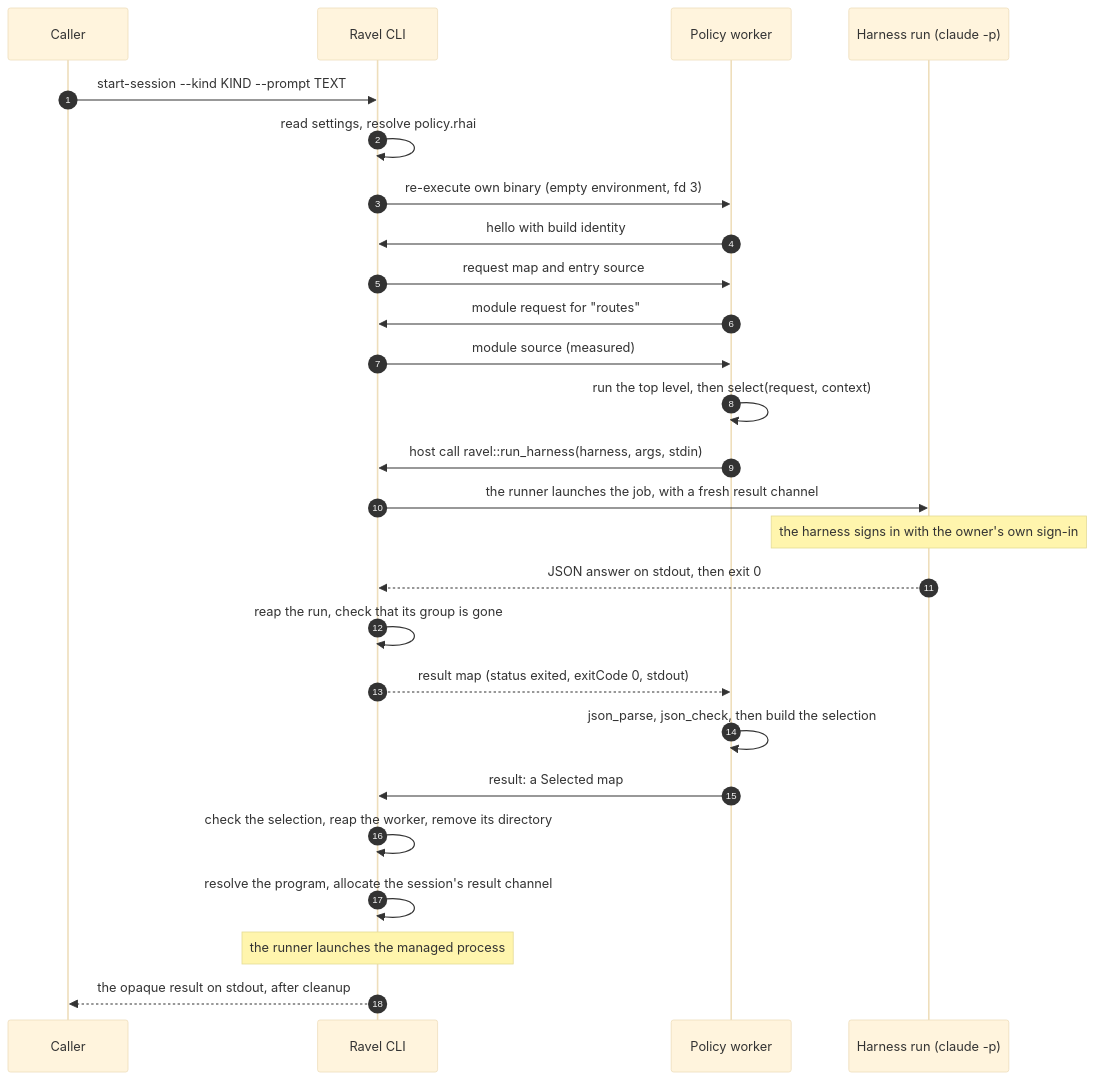
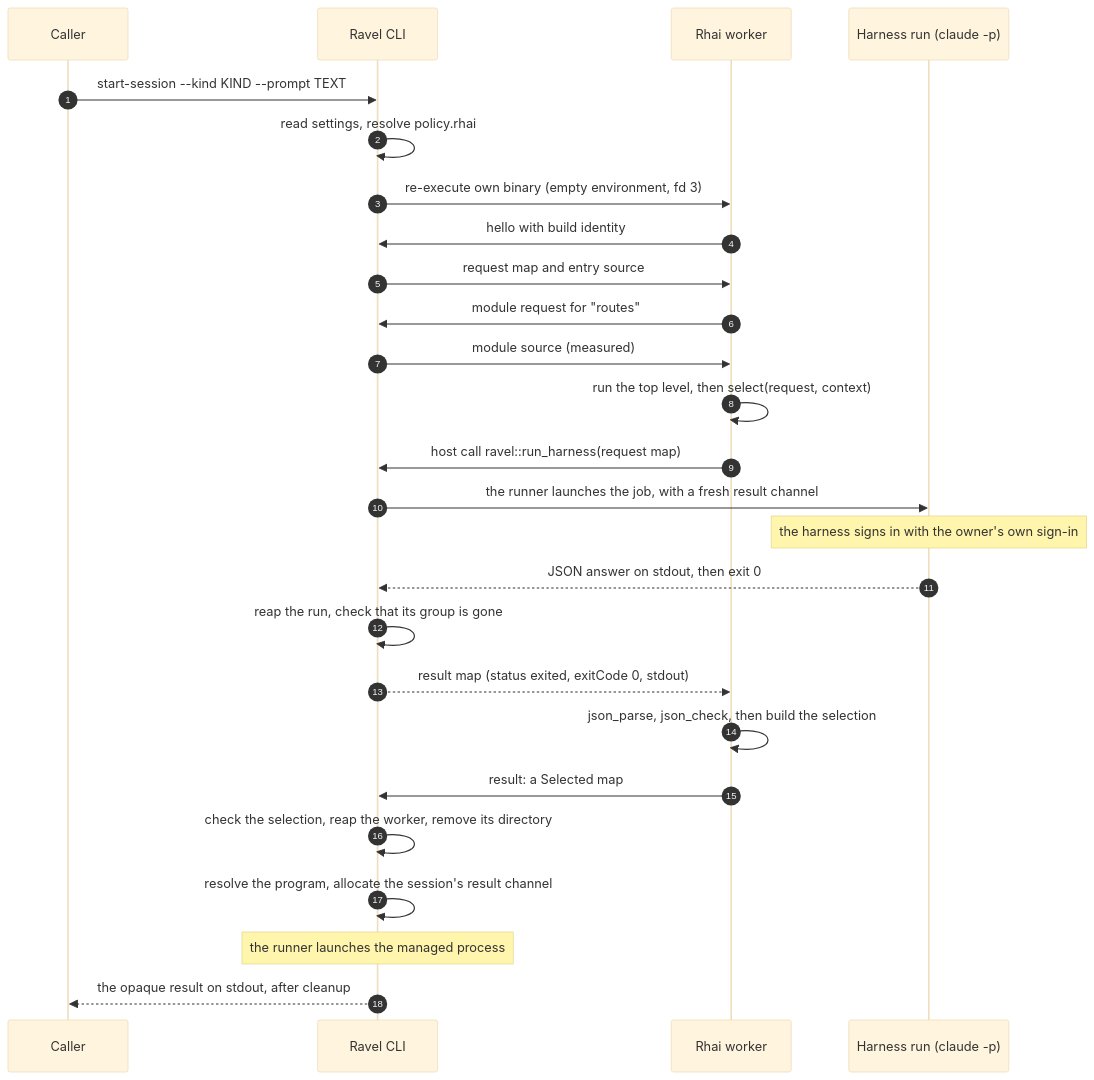
One commit to Linkuistics/Ravel changed the diagram in docs/design/rhai-policy/evaluation-sequence.mmd. Above: the diagram before and after it, drawn with Mermaid (base theme). The commit also changed 16 other files, not shown here.

```diff
--- a/docs/design/rhai-policy/evaluation-sequence.mmd
+++ b/docs/design/rhai-policy/evaluation-sequence.mmd
@@ -1,26 +1,26 @@
 sequenceDiagram
   autonumber
   participant C as Caller
   participant R as Ravel CLI
-  participant W as Policy worker
+  participant W as Rhai worker
   participant H as Harness run (claude -p)
   C->>R: start-session --kind KIND --prompt TEXT
   R->>R: read settings, resolve policy.rhai
   R->>W: re-execute own binary (empty environment, fd 3)
   W->>R: hello with build identity
   R->>W: request map and entry source
   W->>R: module request for "routes"
   R->>W: module source (measured)
   W->>W: run the top level, then select(request, context)
-  W->>R: host call ravel::run_harness(harness, args, stdin)
+  W->>R: host call ravel::run_harness(request map)
   R->>H: the runner launches the job, with a fresh result channel
   Note over H: the harness signs in with the owner's own sign-in
   H-->>R: JSON answer on stdout, then exit 0
   R->>R: reap the run, check that its group is gone
   R-->>W: result map (status exited, exitCode 0, stdout)
   W->>W: json_parse, json_check, then build the selection
   W->>R: result: a Selected map
   R->>R: check the selection, reap the worker, remove its directory
   R->>R: resolve the program, allocate the session's result channel
   Note over R: the runner launches the managed process
   R-->>C: the opaque result on stdout, after cleanup
```
